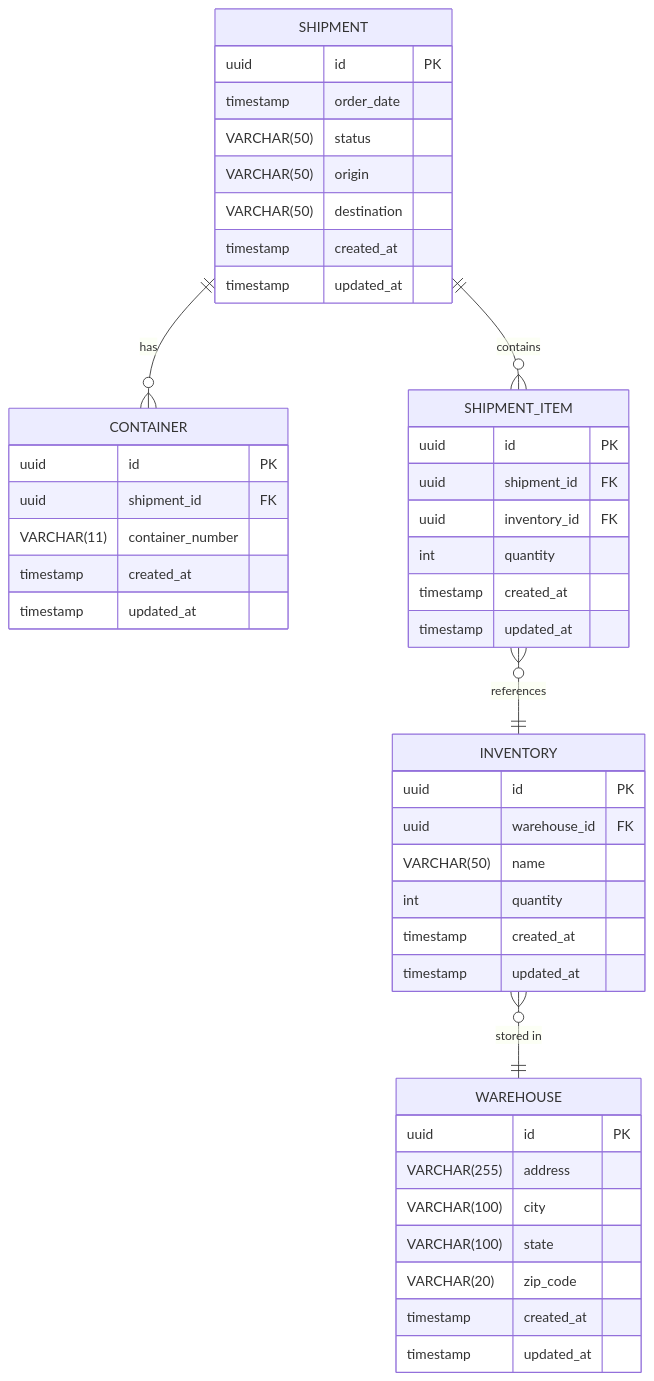
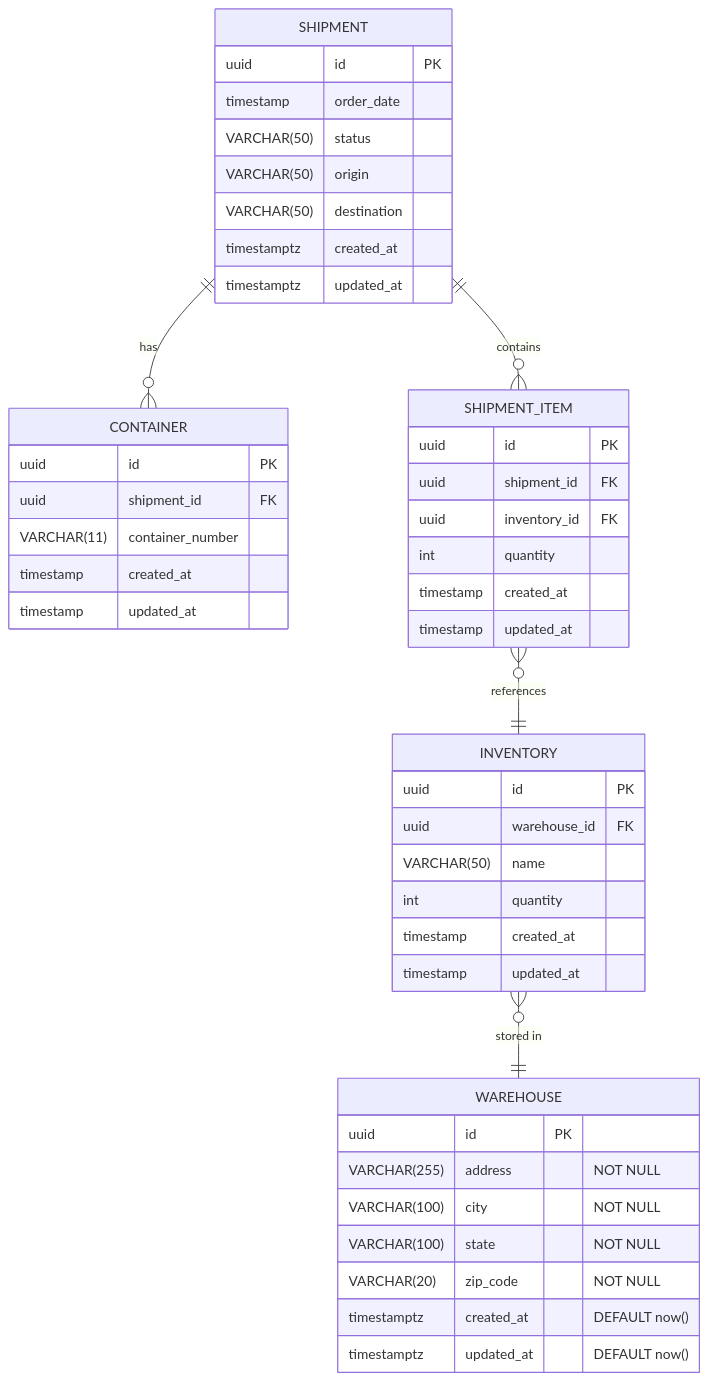
The second of 3 diagrams in ARCHITECTURE.md (BadrChoubai/logistics-microservices), drawn with Mermaid before and after one commit. The commit also changed other lines of this file, not shown here.

Commit message:
docs: update ARCHITECTURE

````diff
--- a/ARCHITECTURE.md
+++ b/ARCHITECTURE.md
@@ -142,54 +142,54 @@
 ```mermaid
 erDiagram
     SHIPMENT {
         uuid        id PK
         timestamp   order_date
         VARCHAR(50) status
         VARCHAR(50) origin
         VARCHAR(50) destination
-        timestamp   created_at
-        timestamp   updated_at
+        timestamptz   created_at
+        timestamptz   updated_at
     }
 
     CONTAINER {
         uuid        id PK
         uuid        shipment_id FK
         VARCHAR(11) container_number
         timestamp   created_at
         timestamp   updated_at
 
     }
 
     SHIPMENT_ITEM {
         uuid        id PK
         uuid        shipment_id FK
         uuid        inventory_id FK
         int         quantity
         timestamp   created_at
         timestamp   updated_at
     }
 
     INVENTORY {
         uuid        id PK
         uuid        warehouse_id FK
         VARCHAR(50) name
         int         quantity
         timestamp   created_at
         timestamp   updated_at
     }
 
     WAREHOUSE {
         uuid        id PK
-        VARCHAR(255) address
-        VARCHAR(100) city
-        VARCHAR(100) state
-        VARCHAR(20) zip_code
-        timestamp   created_at
-        timestamp   updated_at
+        VARCHAR(255) address "NOT NULL"
+        VARCHAR(100) city "NOT NULL"
+        VARCHAR(100) state "NOT NULL"
+        VARCHAR(20) zip_code "NOT NULL"
+        timestamptz created_at "DEFAULT now()"
+        timestamptz updated_at "DEFAULT now()"
     }
 
     SHIPMENT ||--o{ CONTAINER : "has"
     SHIPMENT ||--o{ SHIPMENT_ITEM : "contains"
     SHIPMENT_ITEM }o--|| INVENTORY : "references"
     INVENTORY }o--|| WAREHOUSE : "stored in"
 ```
````
